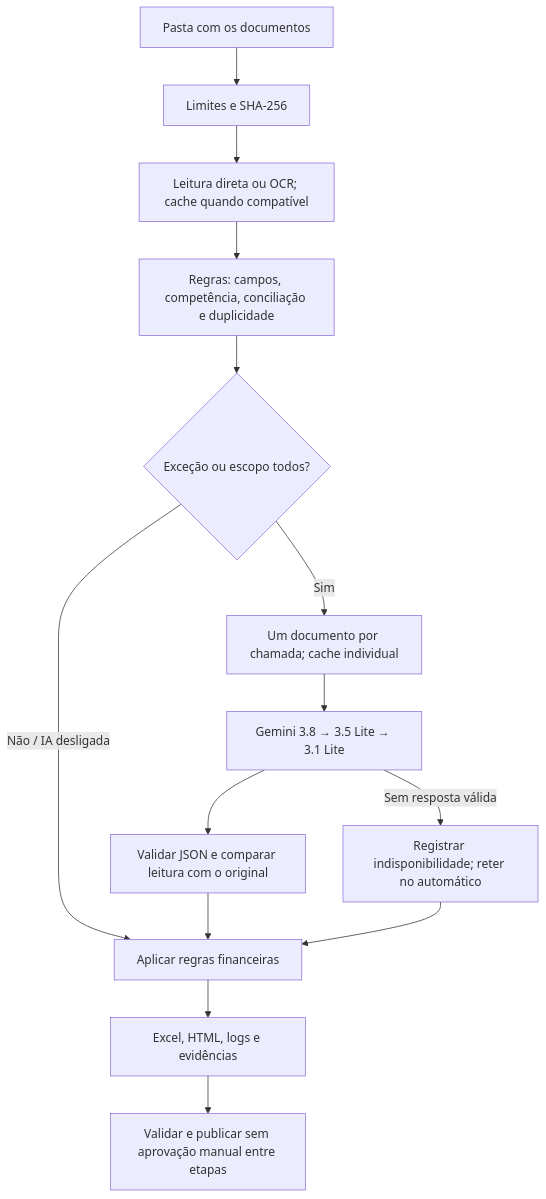
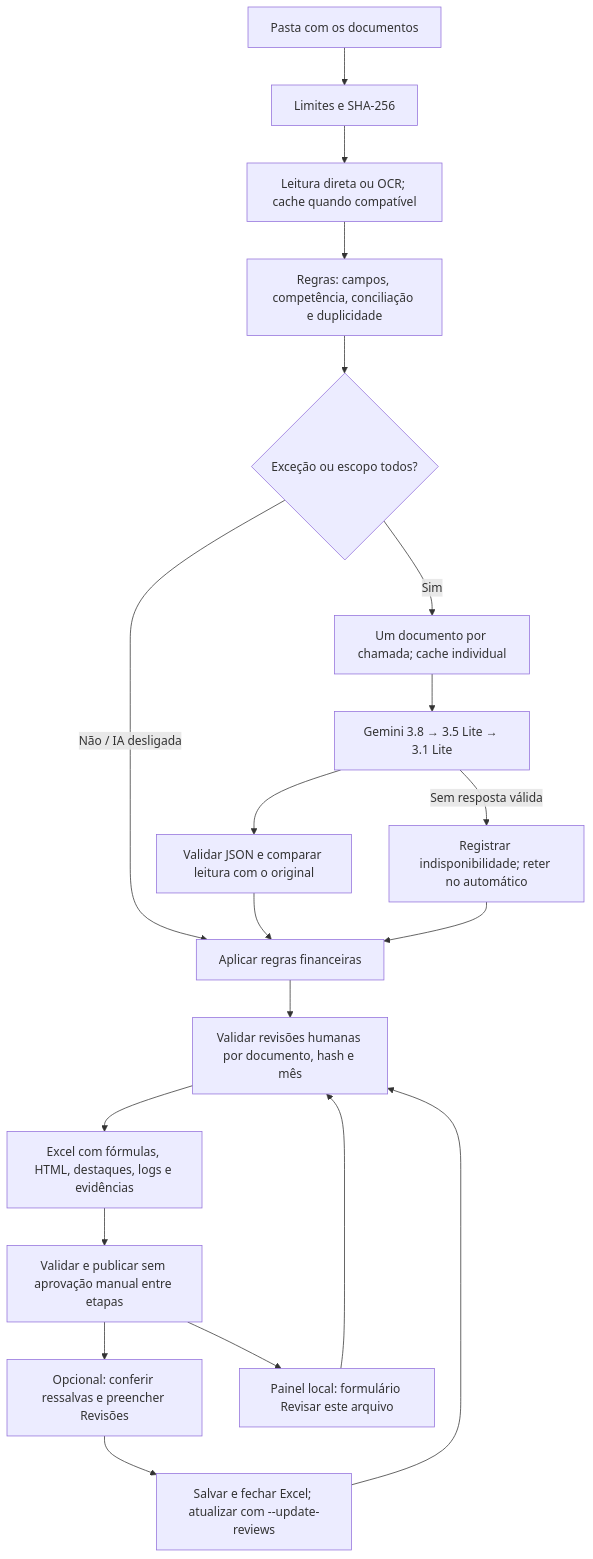
The first of 2 diagrams in README.md (felipexxxxx/goener-case), drawn with Mermaid before and after one commit. The commit also changed other lines of this file and 17 other files, not shown here.

Commit message:
Adiciona revisoes operacionais e painel local com documentos destacados

````diff
--- a/README.md
+++ b/README.md
@@ -91,16 +131,22 @@
 ```mermaid
 flowchart TD
     A[Pasta com os documentos] --> B[Limites e SHA-256]
     B --> C[Leitura direta ou OCR; cache quando compatível]
     C --> D[Regras: campos, competência, conciliação e duplicidade]
     D --> E{Exceção ou escopo todos?}
     E -- Não / IA desligada --> I[Aplicar regras financeiras]
     E -- Sim --> F[Um documento por chamada; cache individual]
     F --> G[Gemini 3.8 → 3.5 Lite → 3.1 Lite]
     G --> H[Validar JSON e comparar leitura com o original]
     H --> I
     G -- Sem resposta válida --> J[Registrar indisponibilidade; reter no automático]
     J --> I
-    I --> K[Excel, HTML, logs e evidências]
+    I --> R[Validar revisões humanas por documento, hash e mês]
+    R --> K[Excel com fórmulas, HTML, destaques, logs e evidências]
     K --> L[Validar e publicar sem aprovação manual entre etapas]
+    L --> M[Opcional: conferir ressalvas e preencher Revisões]
+    M --> N[Salvar e fechar Excel; atualizar com --update-reviews]
+    N --> R
+    L --> O[Painel local: formulário Revisar este arquivo]
+    O --> R
 ```
````
